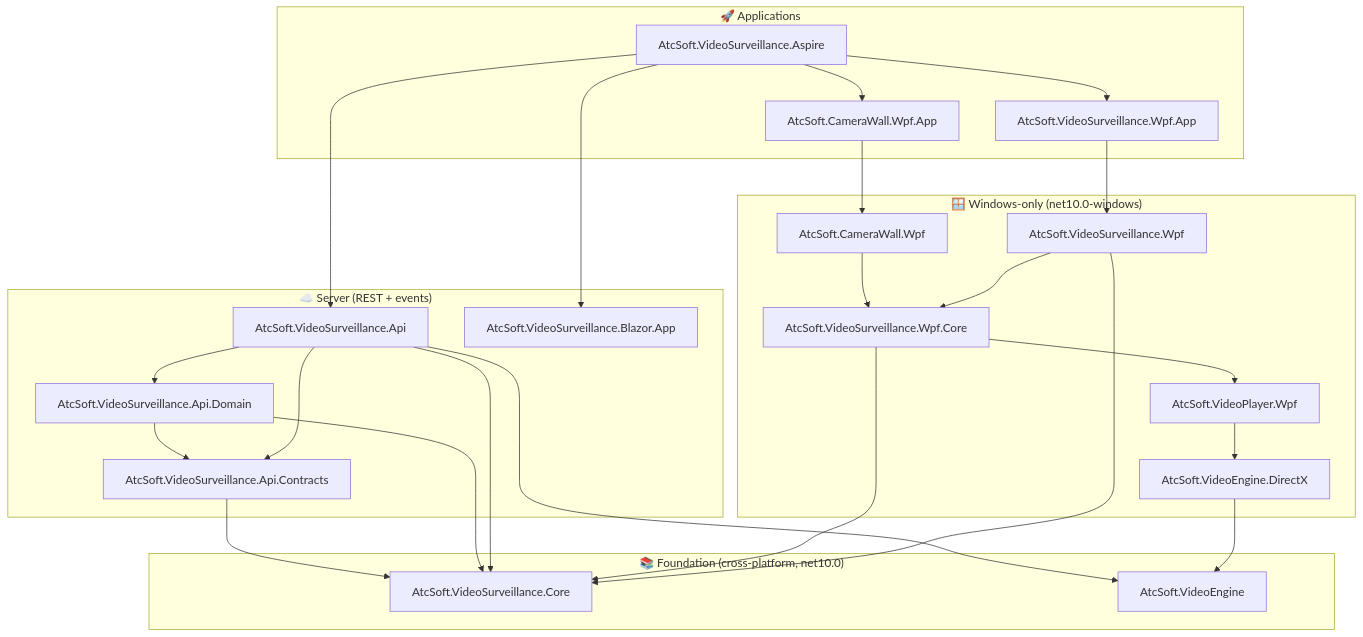
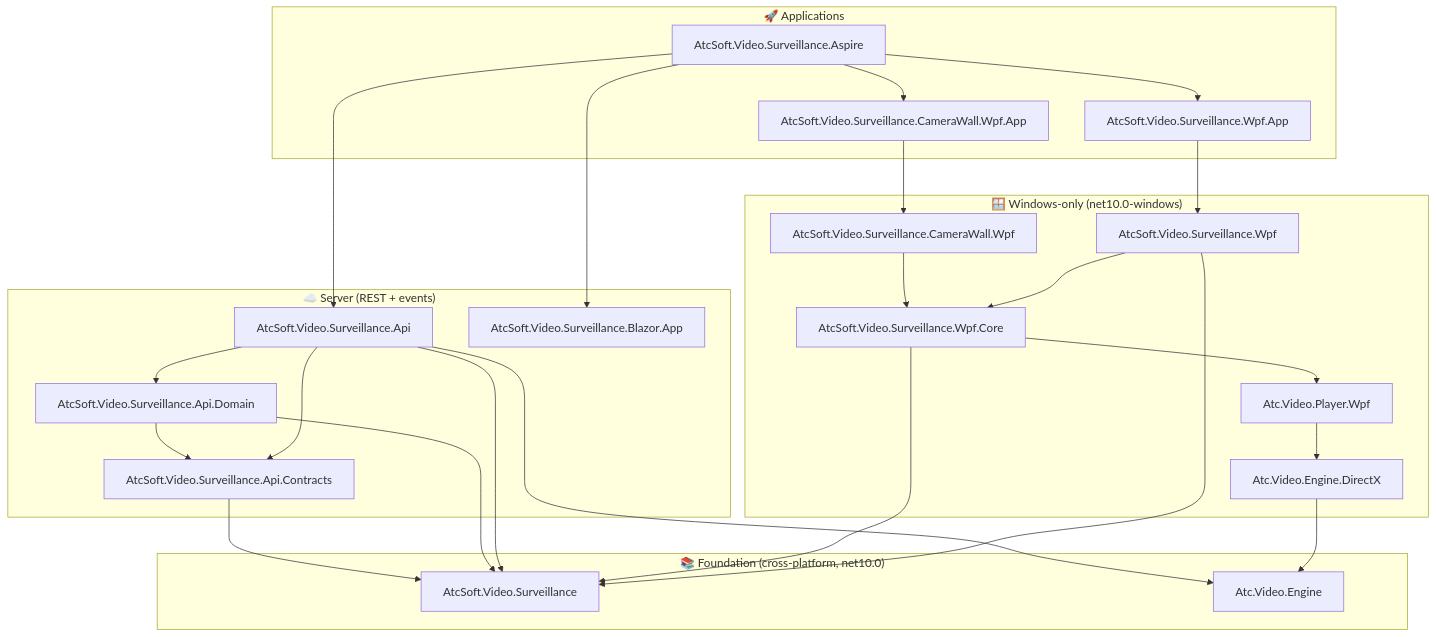
The diagram in README.md (atc-net-apps/atc-soft-video-surveillance), drawn with Mermaid before and after one commit. The commit also changed other lines of this file and 2917 other files, not shown here.

First line of the commit message:
refactor: rename to AtcSoft.Video.Surveillance

````diff
--- a/README.md
+++ b/README.md
@@ -158,54 +158,54 @@
 ```mermaid
 flowchart TD
     subgraph Foundation["📚 Foundation (cross-platform, net10.0)"]
-        Core[AtcSoft.VideoSurveillance.Core]
-        VE[AtcSoft.VideoEngine]
+        Core[AtcSoft.Video.Surveillance]
+        VE[Atc.Video.Engine]
     end
 
     subgraph Server["☁️ Server (REST + events)"]
-        Contracts[AtcSoft.VideoSurveillance.Api.Contracts]
-        Domain[AtcSoft.VideoSurveillance.Api.Domain]
-        Api[AtcSoft.VideoSurveillance.Api]
-        Blazor[AtcSoft.VideoSurveillance.Blazor.App]
+        Contracts[AtcSoft.Video.Surveillance.Api.Contracts]
+        Domain[AtcSoft.Video.Surveillance.Api.Domain]
+        Api[AtcSoft.Video.Surveillance.Api]
+        Blazor[AtcSoft.Video.Surveillance.Blazor.App]
     end
 
     subgraph Windows["🪟 Windows-only (net10.0-windows)"]
-        VEDx[AtcSoft.VideoEngine.DirectX]
-        VPWpf[AtcSoft.VideoPlayer.Wpf]
-        WpfCore[AtcSoft.VideoSurveillance.Wpf.Core]
-        CamWall[AtcSoft.CameraWall.Wpf]
-        VsWpf[AtcSoft.VideoSurveillance.Wpf]
+        VEDx[Atc.Video.Engine.DirectX]
+        VPWpf[Atc.Video.Player.Wpf]
+        WpfCore[AtcSoft.Video.Surveillance.Wpf.Core]
+        CamWall[AtcSoft.Video.Surveillance.CameraWall.Wpf]
+        VsWpf[AtcSoft.Video.Surveillance.Wpf]
     end
 
     subgraph Apps["🚀 Applications"]
-        CamApp[AtcSoft.CameraWall.Wpf.App]
-        VsApp[AtcSoft.VideoSurveillance.Wpf.App]
-        Aspire[AtcSoft.VideoSurveillance.Aspire]
+        CamApp[AtcSoft.Video.Surveillance.CameraWall.Wpf.App]
+        VsApp[AtcSoft.Video.Surveillance.Wpf.App]
+        Aspire[AtcSoft.Video.Surveillance.Aspire]
     end
 
     %% Server stack
     Contracts --> Core
     Domain --> Contracts
     Domain --> Core
     Api --> Contracts
     Api --> Domain
     Api --> Core
     Api --> VE
 
     %% Windows / WPF stack
     VEDx --> VE
     VPWpf --> VEDx
     WpfCore --> Core
     WpfCore --> VPWpf
     CamWall --> WpfCore
     VsWpf --> Core
     VsWpf --> WpfCore
 
     %% App composition
     CamApp --> CamWall
     VsApp --> VsWpf
     Aspire --> Api
     Aspire --> Blazor
     Aspire --> CamApp
     Aspire --> VsApp
 ```
````
